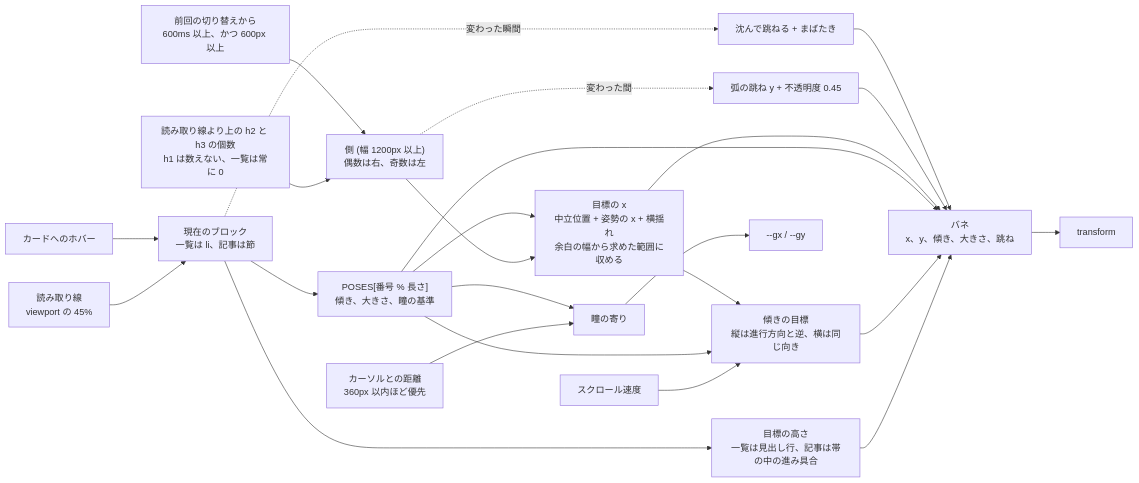
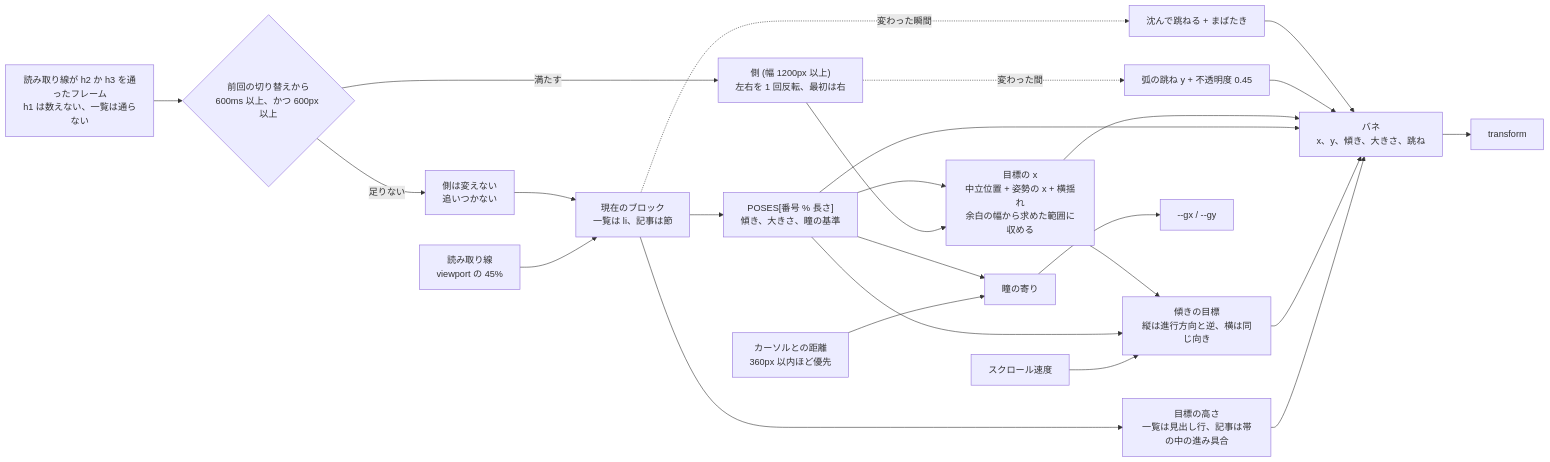
Before and after one commit to Asuforce/arki: the first of 2 diagrams in docs/architecture.md, drawn with Mermaid. The commit also changed other lines of this file, not shown here.

Commit message:
docs: 左右の渡りを見出しの通過での反転に合わせる

````diff
--- a/docs/architecture.md
+++ b/docs/architecture.md
@@ -62,26 +62,27 @@
 ```mermaid
 flowchart LR
   L["読み取り線<br/>viewport の 45%"] --> B["現在のブロック<br/>一覧は li、記事は節"]
   H["カードへのホバー"] --> B
   B --> P["POSES[番号 % 長さ]<br/>傾き、大きさ、瞳の基準"]
   B --> T["目標の高さ<br/>一覧は見出し行、記事は帯の中の進み具合"]
   V["スクロール速度"] --> R["傾きの目標<br/>縦は進行方向と逆、横は同じ向き"]
   P --> R
   T --> S["バネ<br/>x、y、傾き、大きさ、跳ね"]
   R --> S
   P --> S
-  N["読み取り線より上の h2 と h3 の個数<br/>h1 は数えない、一覧は常に 0"] --> D["側 (幅 1200px 以上)<br/>偶数は右、奇数は左"]
-  K["前回の切り替えから<br/>600ms 以上、かつ 600px 以上"] --> D
+  N["読み取り線が h2 か h3 を通ったフレーム<br/>h1 は数えない、一覧は通らない"] --> K{"前回の切り替えから<br/>600ms 以上、かつ 600px 以上"}
+  K -- "満たす" --> D["側 (幅 1200px 以上)<br/>左右を 1 回反転、最初は右"]
+  K -- "足りない" --> H["側は変えない<br/>追いつかない"]
   D --> X["目標の x<br/>中立位置 + 姿勢の x + 横揺れ<br/>余白の幅から求めた範囲に収める"]
   P --> X
   X --> S
   X --> R
   D -. "変わった間" .-> O["弧の跳ね y + 不透明度 0.45"]
   O --> S
   B -. "変わった瞬間" .-> J["沈んで跳ねる + まばたき"]
   J --> S
   C["カーソルとの距離<br/>360px 以内ほど優先"] --> G["瞳の寄り"]
   P --> G
   S --> E["transform"]
   G --> Q["--gx / --gy"]
 ```
````
